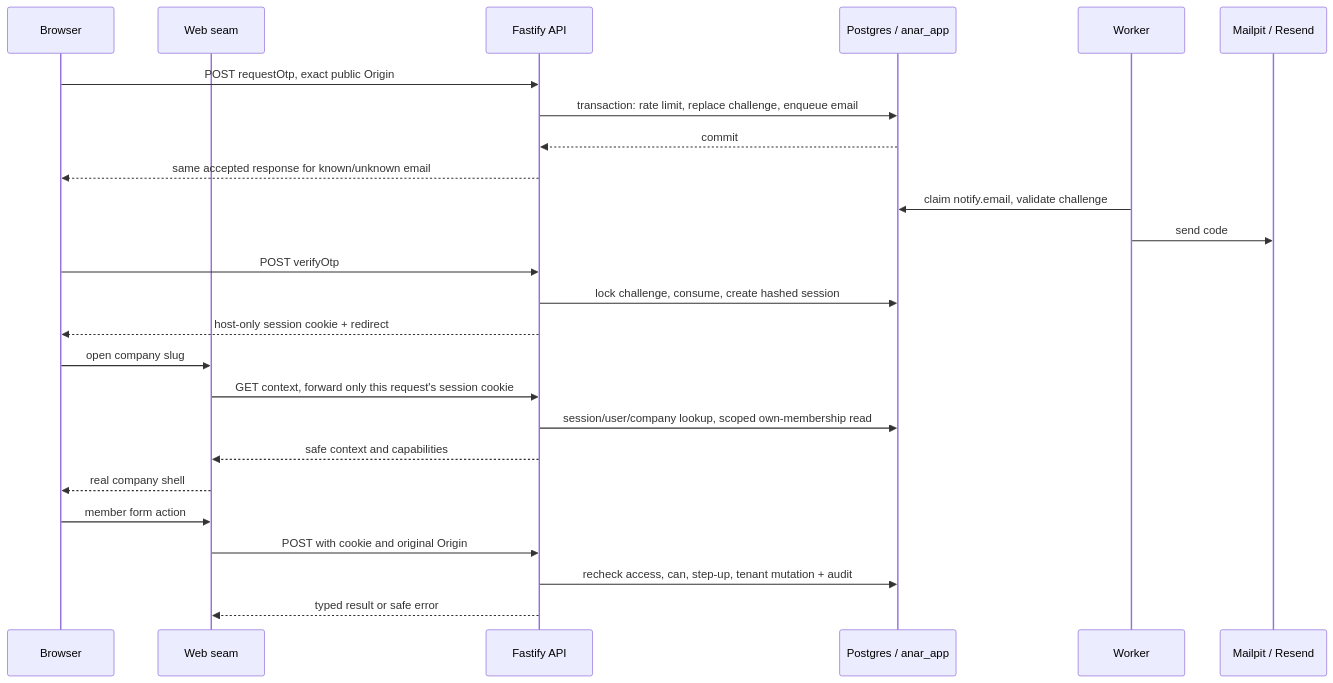
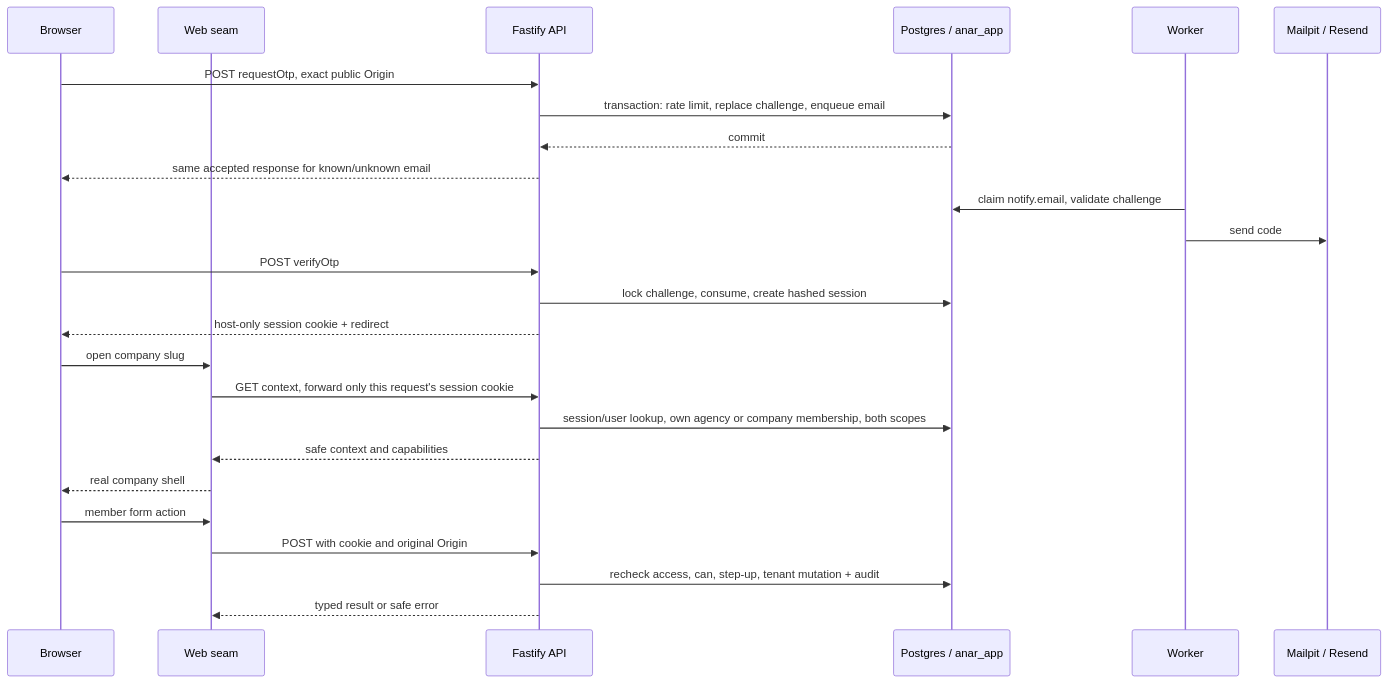
The second of 3 diagrams in docs/specs/s1-s2-foundation.md (iranjaya/anar), drawn with Mermaid before and after one commit. The commit also changed other lines of this file and 1 other file, not shown here.

````diff
--- a/docs/specs/s1-s2-foundation.md
+++ b/docs/specs/s1-s2-foundation.md
@@ -35,27 +51,27 @@
 ```mermaid
 sequenceDiagram
   participant B as Browser
   participant W as Web seam
   participant A as Fastify API
   participant P as Postgres / anar_app
   participant J as Worker
   participant M as Mailpit / Resend
   B->>A: POST requestOtp, exact public Origin
   A->>P: transaction: rate limit, replace challenge, enqueue email
   P-->>A: commit
   A-->>B: same accepted response for known/unknown email
   J->>P: claim notify.email, validate challenge
   J->>M: send code
   B->>A: POST verifyOtp
   A->>P: lock challenge, consume, create hashed session
   A-->>B: host-only session cookie + redirect
   B->>W: open company slug
   W->>A: GET context, forward only this request's session cookie
-  A->>P: session/user/company lookup, scoped own-membership read
+  A->>P: session/user lookup, own agency or company membership, both scopes
   A-->>W: safe context and capabilities
   W-->>B: real company shell
   B->>W: member form action
   W->>A: POST with cookie and original Origin
   A->>P: recheck access, can, step-up, tenant mutation + audit
   A-->>W: typed result or safe error
 ```
````
